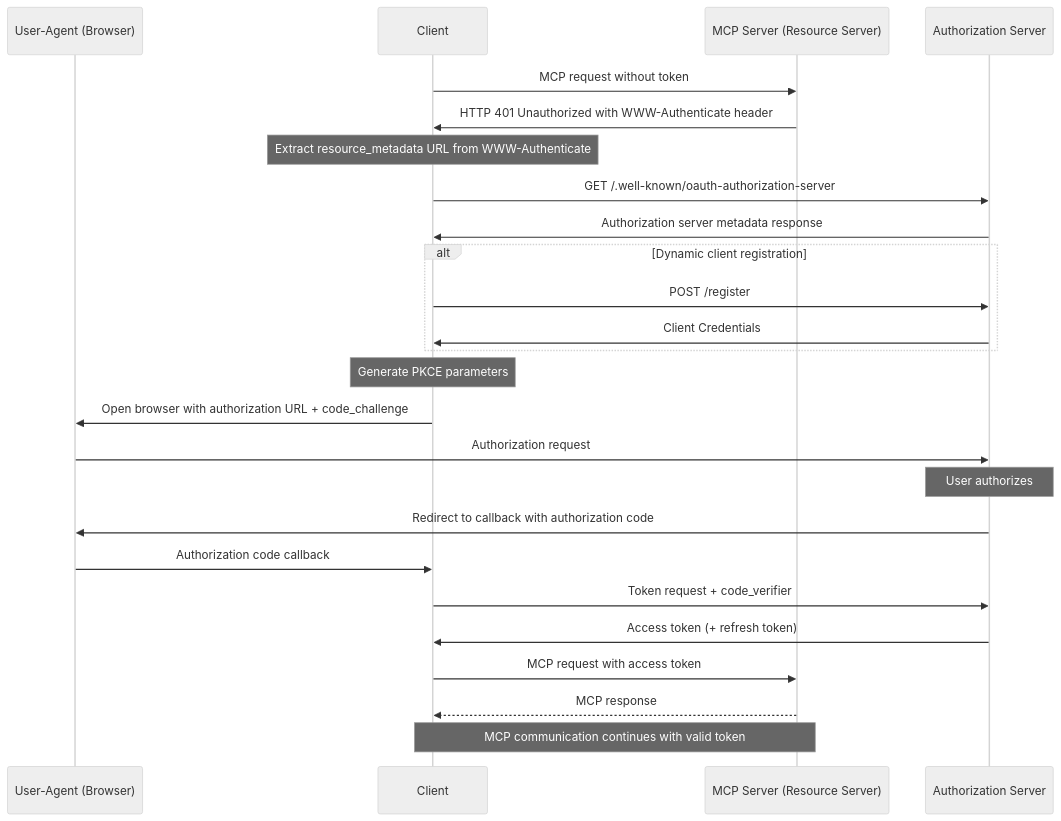
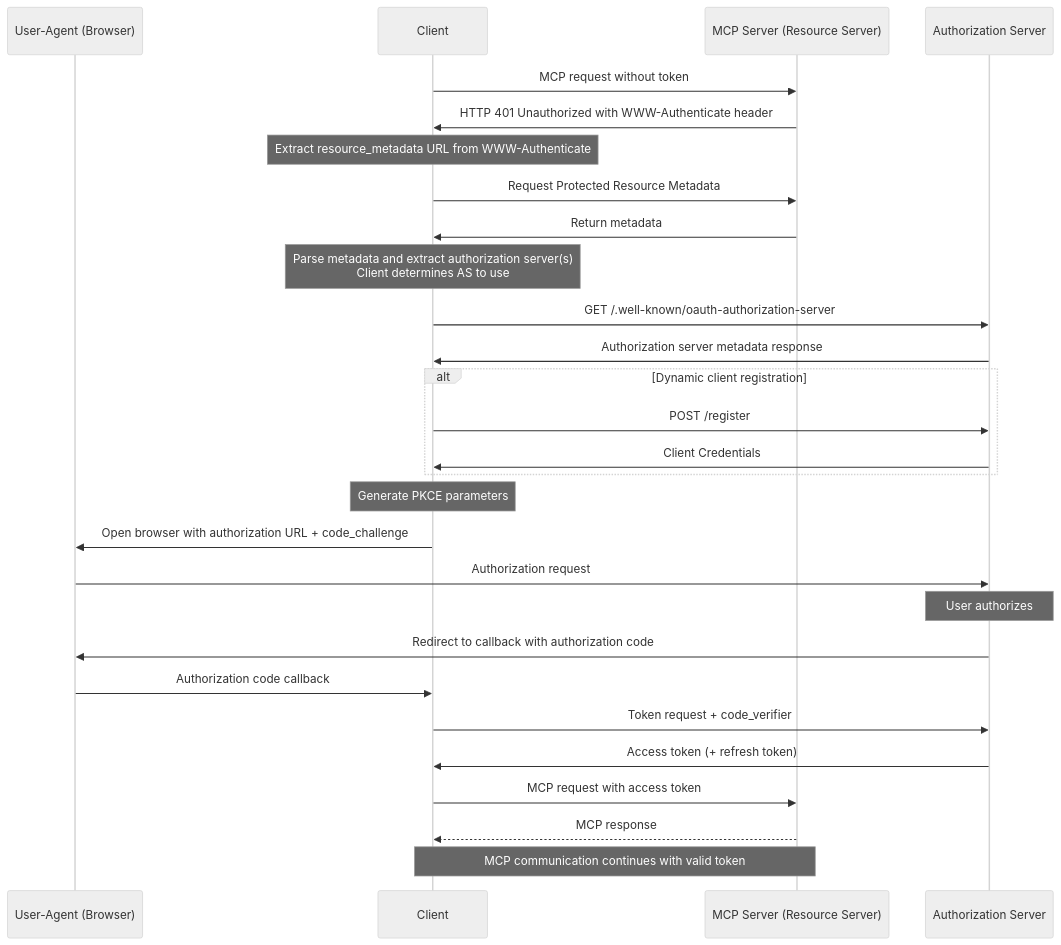
Before and after one commit to tobinsouth/modelcontextprotocol: the second of 2 diagrams in docs/specification/draft/basic/authorization.mdx, drawn with Mermaid (neutral theme).

Commit message:
Add missing flow component

````diff
--- a/docs/specification/draft/basic/authorization.mdx
+++ b/docs/specification/draft/basic/authorization.mdx
@@ -161,31 +161,36 @@
 ```mermaid
 sequenceDiagram
     participant B as User-Agent (Browser)
     participant C as Client
     participant M as MCP Server (Resource Server)
     participant A as Authorization Server
 
     C->>M: MCP request without token
     M->>C: HTTP 401 Unauthorized with WWW-Authenticate header
     Note over C: Extract resource_metadata URL from WWW-Authenticate
+
+    C->>M: Request Protected Resource Metadata
+    M->>C: Return metadata
+
+    Note over C: Parse metadata and extract authorization server(s)<br/>Client determines AS to use
 
     C->>A: GET /.well-known/oauth-authorization-server
     A->>C: Authorization server metadata response
 
     alt Dynamic client registration
         C->>A: POST /register
         A->>C: Client Credentials
     end
 
     Note over C: Generate PKCE parameters
     C->>B: Open browser with authorization URL + code_challenge
     B->>A: Authorization request
     Note over A: User authorizes
     A->>B: Redirect to callback with authorization code
     B->>C: Authorization code callback
     C->>A: Token request + code_verifier
     A->>C: Access token (+ refresh token)
     C->>M: MCP request with access token
     M-->>C: MCP response
     Note over C,M: MCP communication continues with valid token
 ```
````
